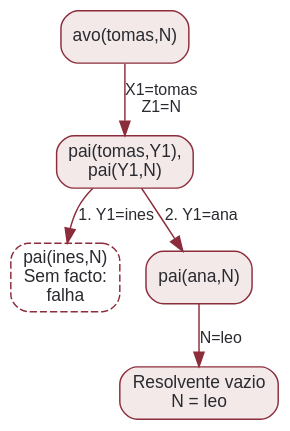
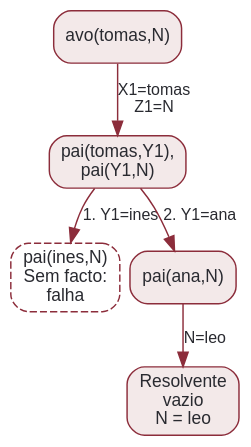
Before and after one commit to rodrgds/resumos: the diagram in src/content/pfl/sld-retrocesso.dot, drawn with Graphviz. The commit also changed 1 other file, not shown here.

Commit message:
docs(pfl): mostrar os dois ramos dos diagramas a 320 px

```diff
--- a/src/content/pfl/sld-retrocesso.dot
+++ b/src/content/pfl/sld-retrocesso.dot
@@ -1,14 +1,14 @@
 digraph SLD {
-  graph [bgcolor="transparent", rankdir=TB, nodesep=0.25, ranksep=0.35];
+  graph [bgcolor="transparent", rankdir=TB, nodesep=0.1, ranksep=0.35];
   node [shape=box, style="rounded,filled", fillcolor="#f3e9e9", color="#8c2d3b", fontcolor="#292a30", fontname="Arial", fontsize=12];
   edge [color="#8c2d3b", fontcolor="#292a30", fontname="Arial", fontsize=11];
   inicio [label="avo(tomas,N)"];
   corpo [label="pai(tomas,Y1),\npai(Y1,N)"];
   falha [label="pai(ines,N)\nSem facto:\nfalha", style="rounded,dashed"];
   alternativa [label="pai(ana,N)"];
-  sucesso [label="Resolvente vazio\nN = leo"];
+  sucesso [label="Resolvente\nvazio\nN = leo"];
   inicio -> corpo [label="X1=tomas\nZ1=N"];
   corpo -> falha [label="1. Y1=ines"];
   corpo -> alternativa [label="2. Y1=ana"];
   alternativa -> sucesso [label="N=leo"];
 }
```
